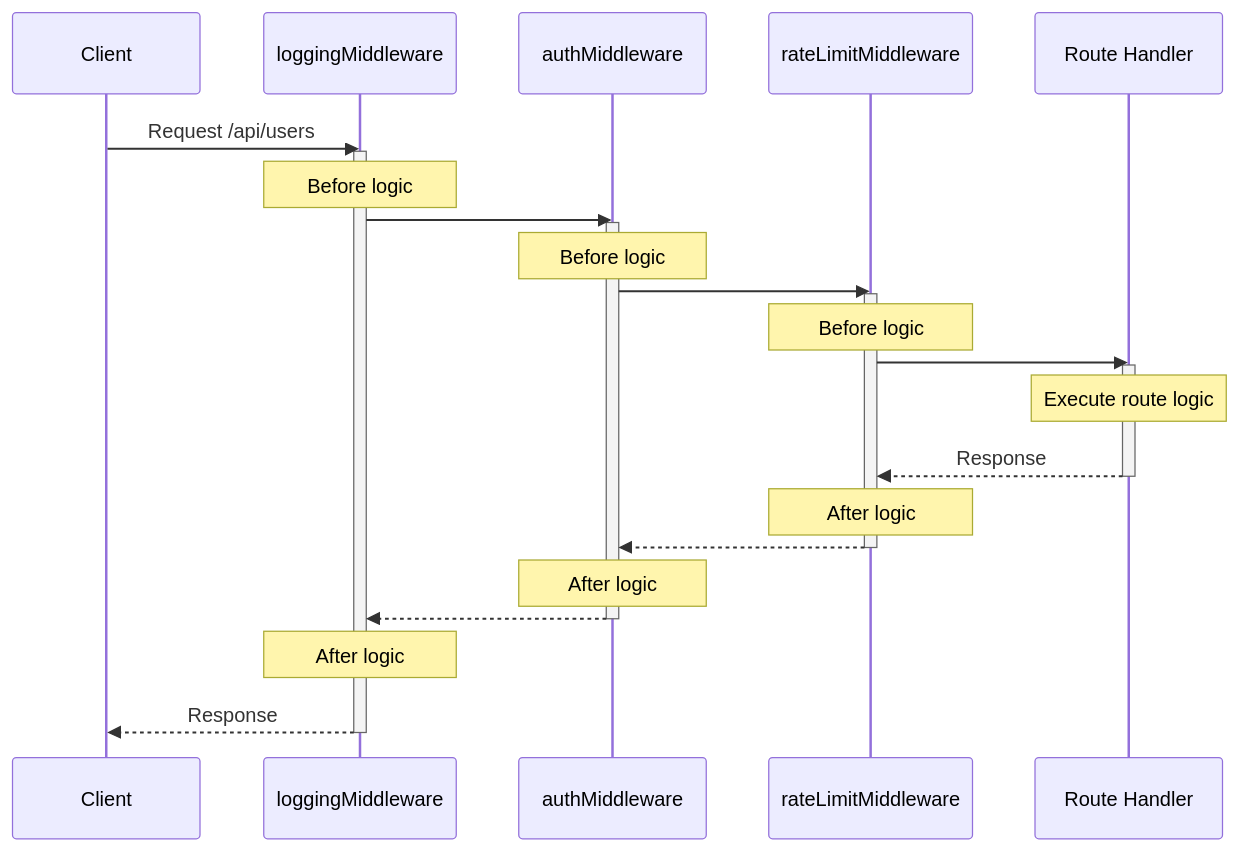
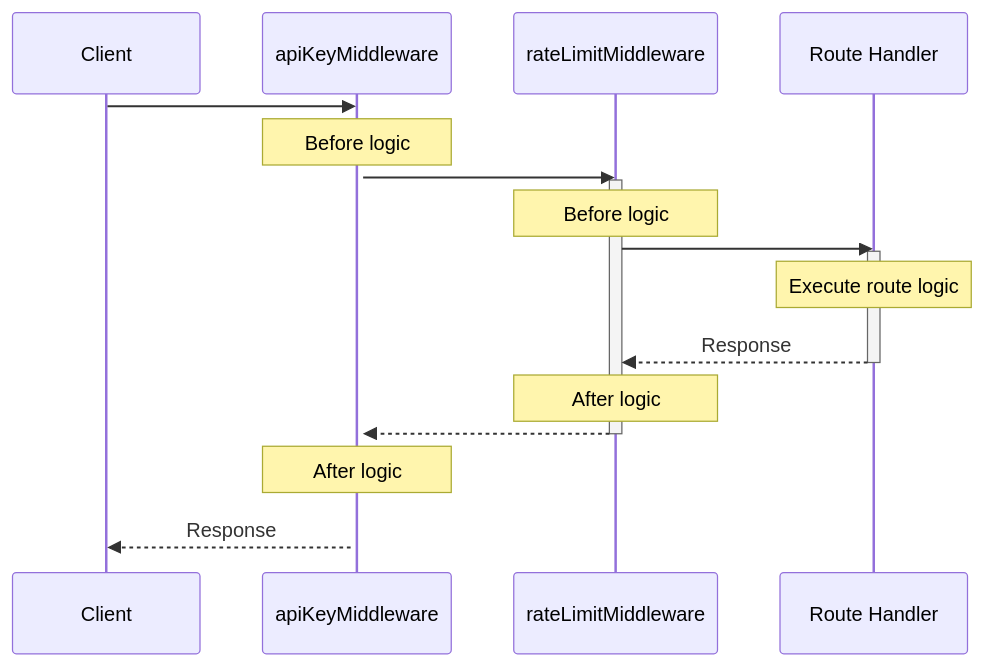
Before and after one commit to serverpod/serverpod_docs: the diagram in docs/06-concepts/18-webserver/04-middleware.md, drawn with Mermaid. The commit also changed other lines of this file and 5 other files, not shown here.

````diff
--- a/docs/06-concepts/18-webserver/04-middleware.md
+++ b/docs/06-concepts/18-webserver/04-middleware.md
@@ -196,32 +77,24 @@
 ```mermaid
 sequenceDiagram
     participant Client
-    participant Logging as loggingMiddleware
-    participant Auth as authMiddleware
+    participant Auth as apiKeyMiddleware
     participant RateLimit as rateLimitMiddleware
     participant Handler as Route Handler
 
-    Client->>Logging: Request /api/users
-    activate Logging
-    Note over Logging: Before logic
-    Logging->>Auth: 
+    Client->>Auth: 
     activate Auth
     Note over Auth: Before logic
     Auth->>RateLimit: 
     activate RateLimit
     Note over RateLimit: Before logic
     RateLimit->>Handler: 
     activate Handler
     Note over Handler: Execute route logic
     Handler-->>RateLimit: Response
     deactivate Handler
     Note over RateLimit: After logic
     RateLimit-->>Auth: 
     deactivate RateLimit
     Note over Auth: After logic
-    Auth-->>Logging: 
-    deactivate Auth
-    Note over Logging: After logic
-    Logging-->>Client: Response
-    deactivate Logging
+    Auth-->>Client: Response
 ```
````
